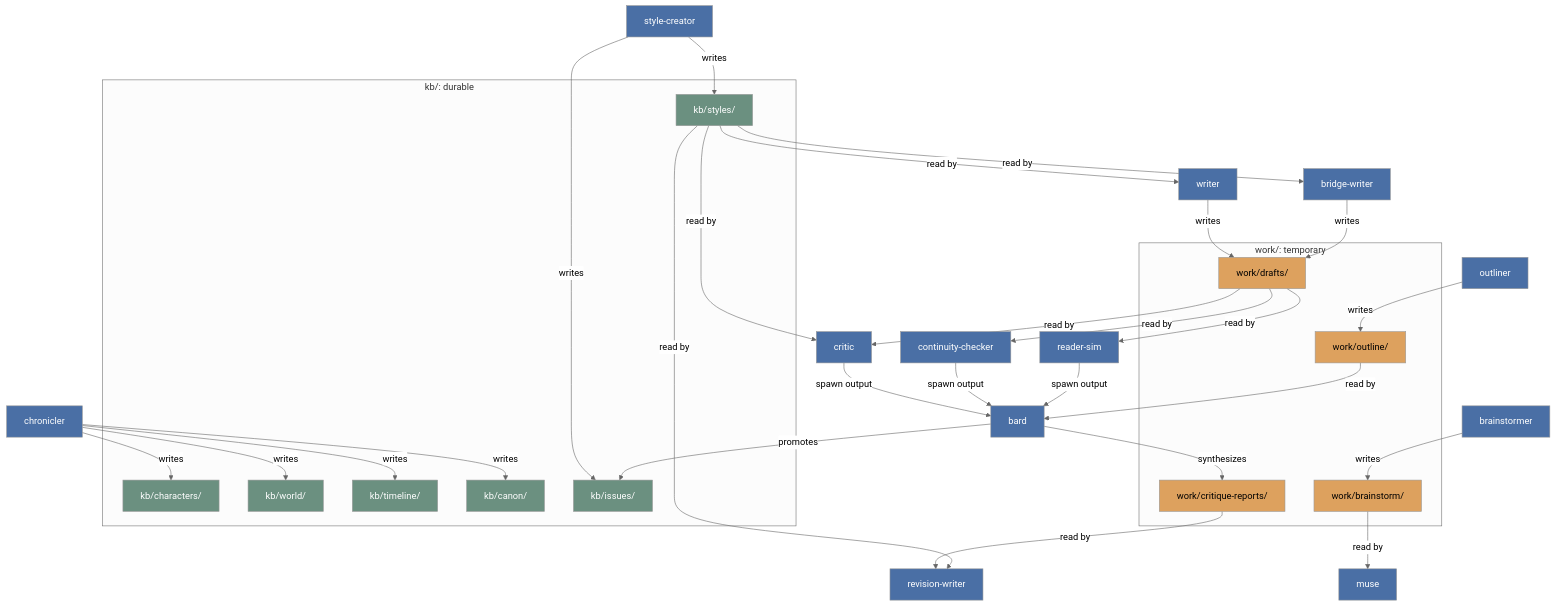
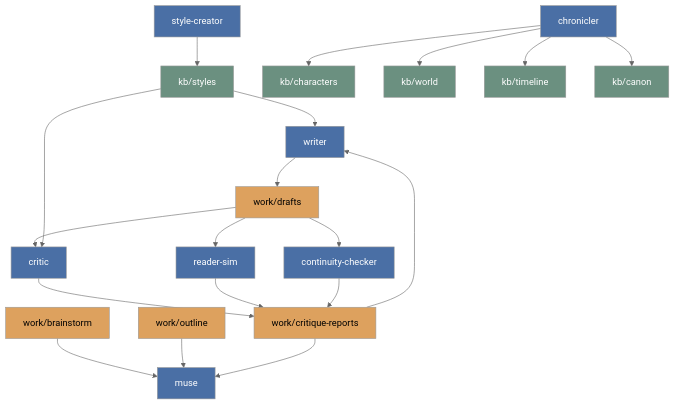
The second of 2 diagrams in docs/architecture.md (haowjy/creative-writing-skills), drawn with Mermaid (neutral theme) before and after one commit. The commit also changed other lines of this file and 56 other files, not shown here.

````diff
--- a/docs/architecture.md
+++ b/docs/architecture.md
@@ -252,58 +101,31 @@
 ```mermaid
 graph TD
-    subgraph "work/: temporary"
-        WB["work/brainstorm/"]
-        WO["work/outline/"]
-        WD["work/drafts/"]
-        WC["work/critique-reports/"]
-    end
+    WB[work/brainstorm] --> M[muse]
+    WO[work/outline] --> M
+    W[writer] --> WD[work/drafts]
+    WD --> C[critic]
+    WD --> R[reader-sim]
+    WD --> CC[continuity-checker]
+    C --> WC[work/critique-reports]
+    R --> WC
+    CC --> WC
+    WC --> M
+    WC --> W
 
-    subgraph "kb/: durable"
-        KS["kb/styles/"]
-        KC["kb/characters/"]
-        KW["kb/world/"]
-        KT["kb/timeline/"]
-        KCN["kb/canon/"]
-        KI["kb/issues/"]
-    end
+    S[style-creator] --> KS[kb/styles]
+    KS --> W
+    KS --> C
 
-    BS[brainstormer] -->|writes| WB
-    WB -->|read by| SO[muse]
-
-    OL[outliner] -->|writes| WO
-    WO -->|read by| DO[bard]
-
-    WR[writer] -->|writes| WD
-    BW[bridge-writer] -->|writes| WD
-    WD -->|read by| CR[critic]
-    WD -->|read by| RS[reader-sim]
-    WD -->|read by| CC[continuity-checker]
-
-    CR -->|spawn output| DO
-    CC -->|spawn output| DO
-    RS -->|spawn output| DO
-    DO -->|synthesizes| WC
-    WC -->|read by| RW[revision-writer]
-
-    SC[style-creator] -->|writes| KS
-    KS -->|read by| WR
-    KS -->|read by| RW
-    KS -->|read by| BW
-    KS -->|read by| CR
-
-    CH[chronicler] -->|writes| KC
-    CH -->|writes| KW
-    CH -->|writes| KT
-    CH -->|writes| KCN
-
-    SC -->|writes| KI
-    DO -->|promotes| KI
+    CH[chronicler] --> KC[kb/characters]
+    CH --> KW[kb/world]
+    CH --> KT[kb/timeline]
+    CH --> KCN[kb/canon]
 
     classDef work fill:#dda15e,color:#000
     classDef kb fill:#6b9080,color:#fff
     classDef agent fill:#4a6fa5,color:#fff
 
     class WB,WO,WD,WC work
-    class KS,KC,KW,KT,KCN,KI kb
-    class BS,OL,WR,RW,BW,CR,RS,CC,SC,CH,SO,DO agent
+    class KS,KC,KW,KT,KCN kb
+    class M,W,C,R,CC,S,CH agent
 ```
````
